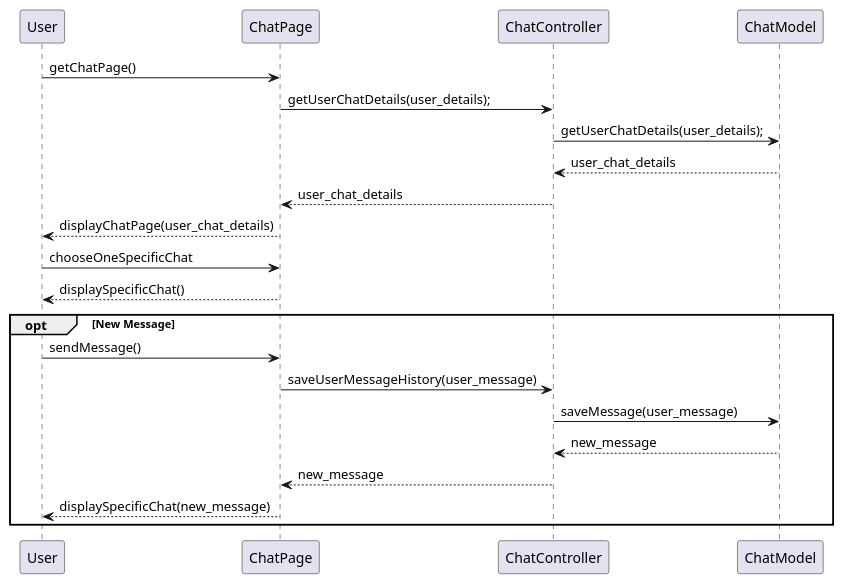
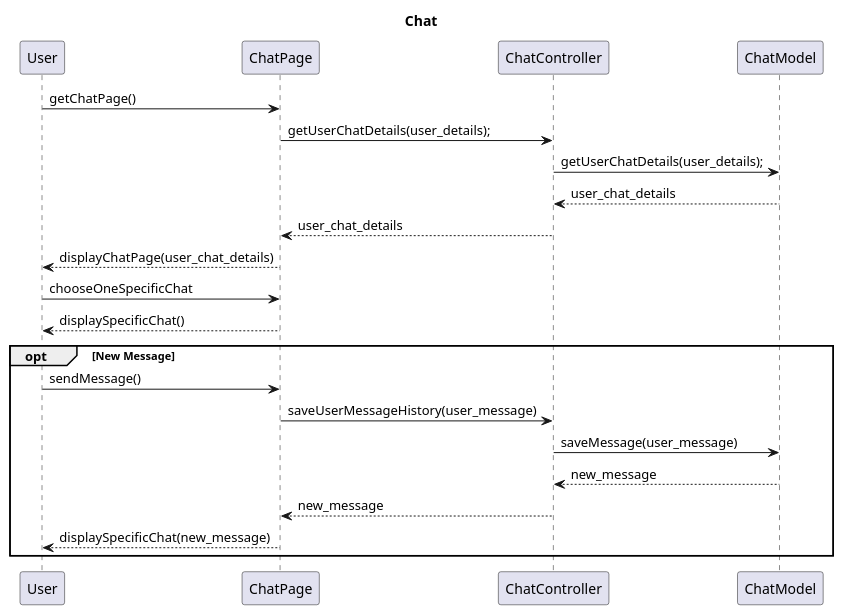
One commit to AntWort21/BHFMS changed the diagram in Design/BHFMS_SEQUENCE/Chat.puml. Above: the diagram before and after it, drawn with PlantUML. The commit also changed 34 other files, not shown here.

Commit message:
added title in sequence and activity diagram based on use case description, separated a few diagram

```diff
--- a/Design/BHFMS_SEQUENCE/Chat.puml
+++ b/Design/BHFMS_SEQUENCE/Chat.puml
@@ -1,18 +1,19 @@
 @startuml
+title Chat
 User -> ChatPage: getChatPage()
 ChatPage -> ChatController: getUserChatDetails(user_details);
 ChatController -> ChatModel: getUserChatDetails(user_details);
 ChatController <-- ChatModel: user_chat_details
 ChatPage <-- ChatController: user_chat_details
 User <-- ChatPage: displayChatPage(user_chat_details)
 User -> ChatPage: chooseOneSpecificChat
 User <-- ChatPage: displaySpecificChat()
 opt New Message
     User -> ChatPage: sendMessage()
     ChatPage -> ChatController: saveUserMessageHistory(user_message)
     ChatController -> ChatModel: saveMessage(user_message)
     ChatController <-- ChatModel: new_message
     ChatPage <-- ChatController: new_message
     User <-- ChatPage: displaySpecificChat(new_message)
 end
 @enduml
```
